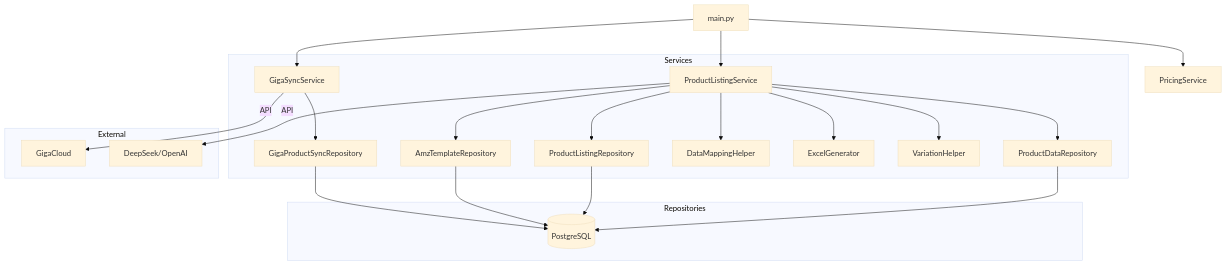
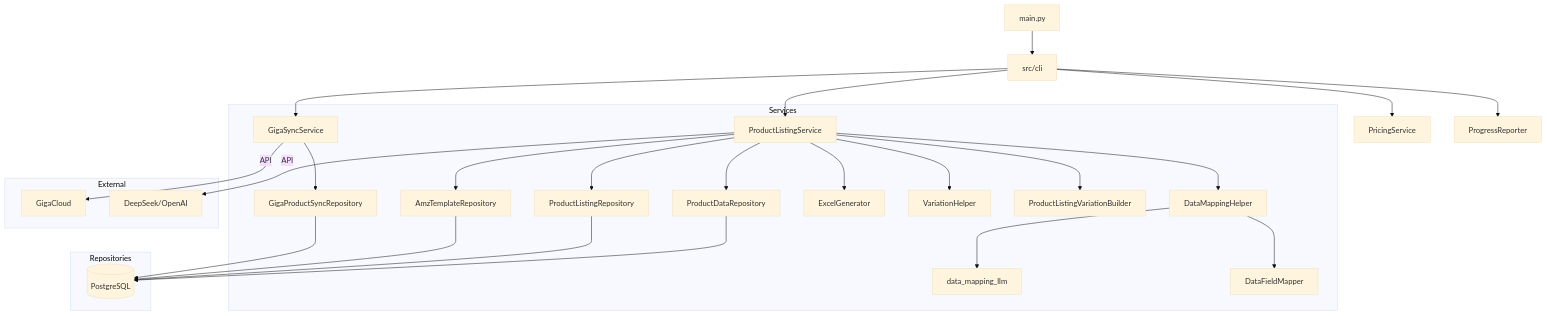
The diagram in docs/architecture.md (Meowy-fans/amz_ops_management_system), drawn with Mermaid (base theme) before and after one commit. The commit also changed other lines of this file and 78 other files, not shown here.

Commit message:
chore: mitigate architecture and CI drift

````diff
--- a/docs/architecture.md
+++ b/docs/architecture.md
@@ -18,29 +19,34 @@
 ```mermaid
 graph TD
-    CLI[main.py] --> S_List[ProductListingService]
+    Entry[main.py] --> CLI[src/cli]
+    CLI --> S_List[ProductListingService]
     CLI --> S_Sync[GigaSyncService]
     CLI --> S_Price[PricingService]
+    CLI --> Reporter[ProgressReporter]
     
     subgraph Services
         S_List --> R_Data[ProductDataRepository]
         S_List --> R_List[ProductListingRepository]
         S_List --> R_Templ[AmzTemplateRepository]
         S_List --> U_Map[DataMappingHelper]
+        U_Map --> U_MapLLM[data_mapping_llm]
+        U_Map --> U_FieldMap[DataFieldMapper]
         S_List --> U_Excel[ExcelGenerator]
         S_List --> U_Var[VariationHelper]
+        S_List --> S_VarBuild[ProductListingVariationBuilder]
         
         S_Sync --> R_Sync[GigaProductSyncRepository]
     end
     
     subgraph Repositories
         R_Data --> DB[(PostgreSQL)]
         R_List --> DB
         R_Templ --> DB
         R_Sync --> DB
     end
     
     subgraph External
         S_Sync -- API --> GigaCloud
         S_List -- API --> LLM[DeepSeek/OpenAI]
     end
 ```
````
